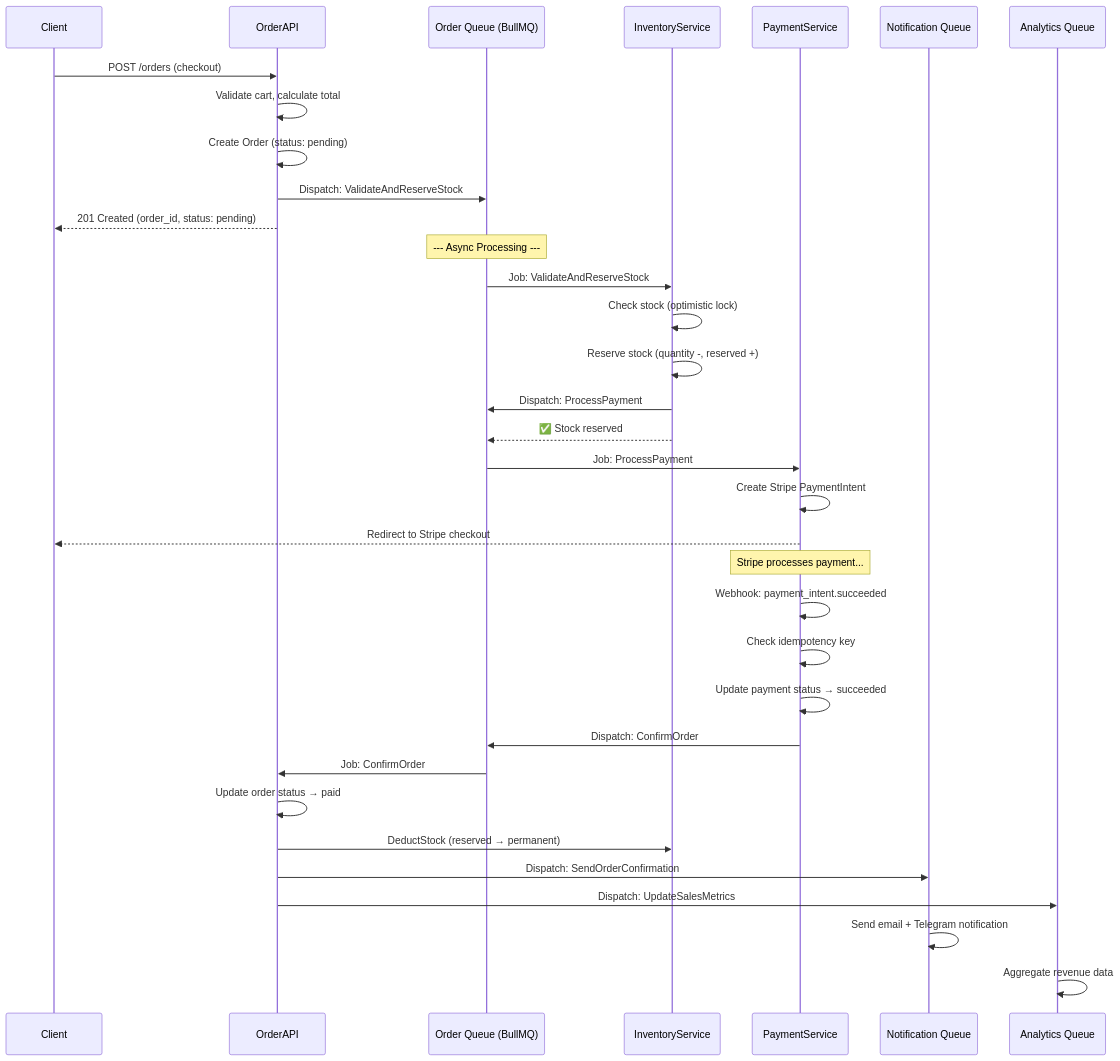
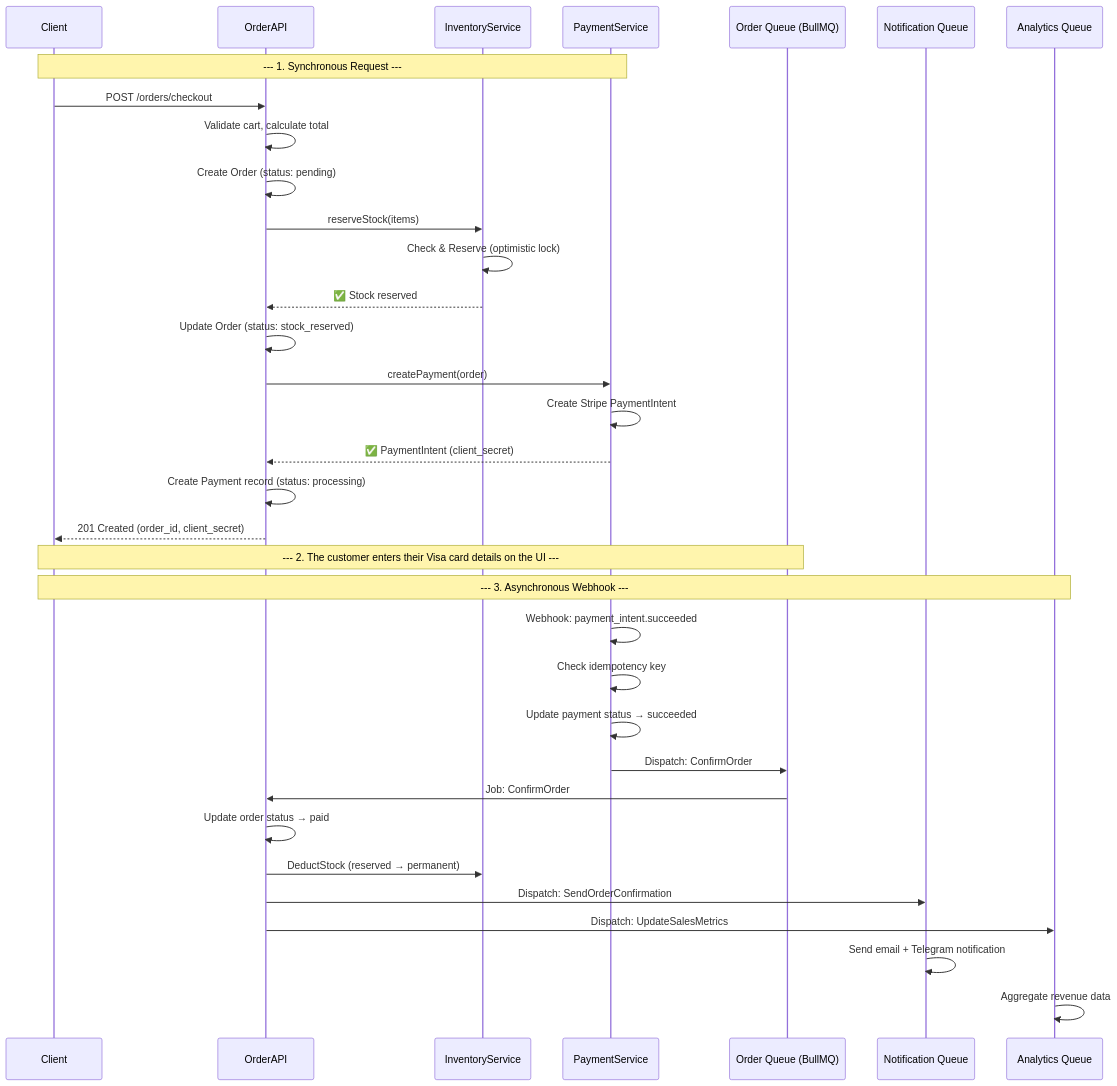
Before and after one commit to dqez/ordex: the second of 5 diagrams in docs/event-flows.md, drawn with Mermaid. The commit also changed other lines of this file and 1 other file, not shown here.

Commit message:
docs: fix core event flow and add ADR-007

````diff
--- a/docs/event-flows.md
+++ b/docs/event-flows.md
@@ -46,44 +46,46 @@
 ```mermaid
 sequenceDiagram
     participant Client
     participant OrderAPI
-    participant OrderQueue as Order Queue (BullMQ)
     participant InventoryService
     participant PaymentService
+    participant OrderQueue as Order Queue (BullMQ)
     participant NotifyQueue as Notification Queue
     participant AnalyticsQueue as Analytics Queue
 
-    Client->>OrderAPI: POST /orders (checkout)
+    Note over Client,PaymentService: --- 1. Synchronous Request ---
+
+    Client->>OrderAPI: POST /orders/checkout
     OrderAPI->>OrderAPI: Validate cart, calculate total
     OrderAPI->>OrderAPI: Create Order (status: pending)
-    OrderAPI->>OrderQueue: Dispatch: ValidateAndReserveStock
-    OrderAPI-->>Client: 201 Created (order_id, status: pending)
 
-    Note over OrderQueue: --- Async Processing ---
+    OrderAPI->>InventoryService: reserveStock(items)
+    InventoryService->>InventoryService: Check & Reserve (optimistic lock)
+    InventoryService-->>OrderAPI: ✅ Stock reserved
+    OrderAPI->>OrderAPI: Update Order (status: stock_reserved)
 
-    OrderQueue->>InventoryService: Job: ValidateAndReserveStock
-    InventoryService->>InventoryService: Check stock (optimistic lock)
-    InventoryService->>InventoryService: Reserve stock (quantity -, reserved +)
-    InventoryService->>OrderQueue: Dispatch: ProcessPayment
-    InventoryService-->>OrderQueue: ✅ Stock reserved
+    OrderAPI->>PaymentService: createPayment(order)
+    PaymentService->>PaymentService: Create Stripe PaymentIntent
+    PaymentService-->>OrderAPI: ✅ PaymentIntent (client_secret)
+    OrderAPI->>OrderAPI: Create Payment record (status: processing)
 
-    OrderQueue->>PaymentService: Job: ProcessPayment
-    PaymentService->>PaymentService: Create Stripe PaymentIntent
-    PaymentService-->>Client: Redirect to Stripe checkout
+    OrderAPI-->>Client: 201 Created (order_id, client_secret)
 
-    Note over PaymentService: Stripe processes payment...
+    Note over Client,OrderQueue: --- 2. The customer enters their Visa card details on the UI ---
+
+    Note over Client,AnalyticsQueue: --- 3. Asynchronous Webhook ---
 
     PaymentService->>PaymentService: Webhook: payment_intent.succeeded
     PaymentService->>PaymentService: Check idempotency key
     PaymentService->>PaymentService: Update payment status → succeeded
     PaymentService->>OrderQueue: Dispatch: ConfirmOrder
 
     OrderQueue->>OrderAPI: Job: ConfirmOrder
     OrderAPI->>OrderAPI: Update order status → paid
     OrderAPI->>InventoryService: DeductStock (reserved → permanent)
     OrderAPI->>NotifyQueue: Dispatch: SendOrderConfirmation
     OrderAPI->>AnalyticsQueue: Dispatch: UpdateSalesMetrics
 
     NotifyQueue->>NotifyQueue: Send email + Telegram notification
     AnalyticsQueue->>AnalyticsQueue: Aggregate revenue data
 ```
````
